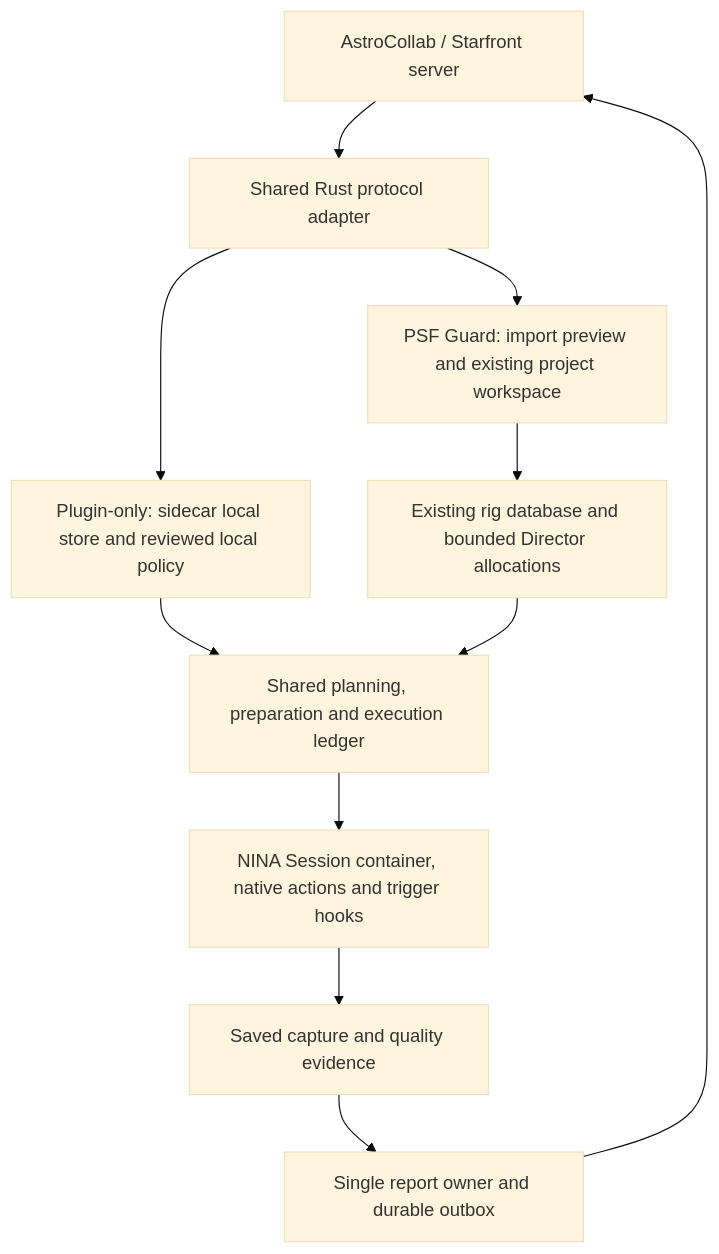
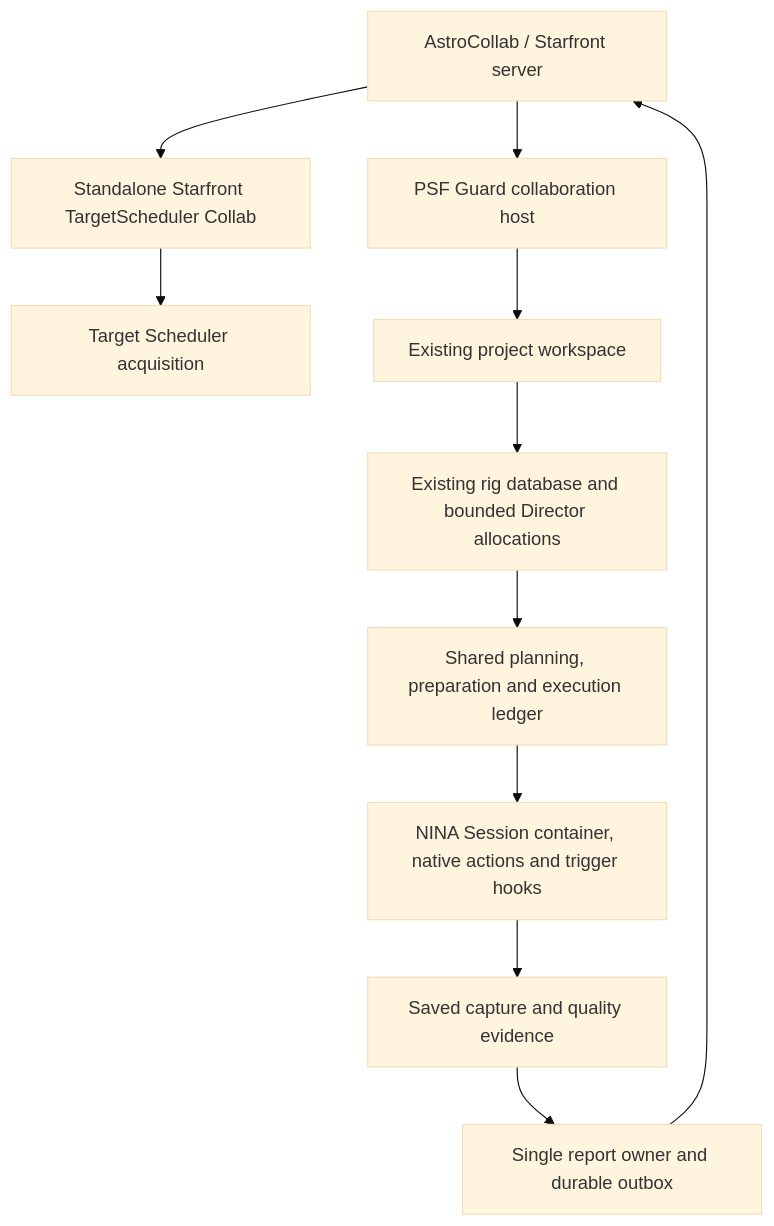
One commit to theatrus/psf-guard changed the diagram in docs/design/collaboration.md. Above: the diagram before and after it, drawn with Mermaid (base theme). The commit also changed other lines of this file and 21 other files, not shown here.

````diff
--- a/docs/design/collaboration.md
+++ b/docs/design/collaboration.md
@@ -45,13 +52,13 @@
 ```mermaid
 flowchart TD
-    A[AstroCollab / Starfront server] --> B[Shared Rust protocol adapter]
-    B --> C[Plugin-only: sidecar local store and reviewed local policy]
-    B --> D[PSF Guard: import preview and existing project workspace]
+    A[AstroCollab / Starfront server] --> B[PSF Guard collaboration host]
+    A --> C[Standalone Starfront TargetScheduler Collab]
+    C --> T[Target Scheduler acquisition]
+    B --> D[Existing project workspace]
     D --> E[Existing rig database and bounded Director allocations]
-    C --> F[Shared planning, preparation and execution ledger]
-    E --> F
+    E --> F[Shared planning, preparation and execution ledger]
     F --> G[NINA Session container, native actions and trigger hooks]
     G --> H[Saved capture and quality evidence]
     H --> I[Single report owner and durable outbox]
     I --> A
 ```
````
